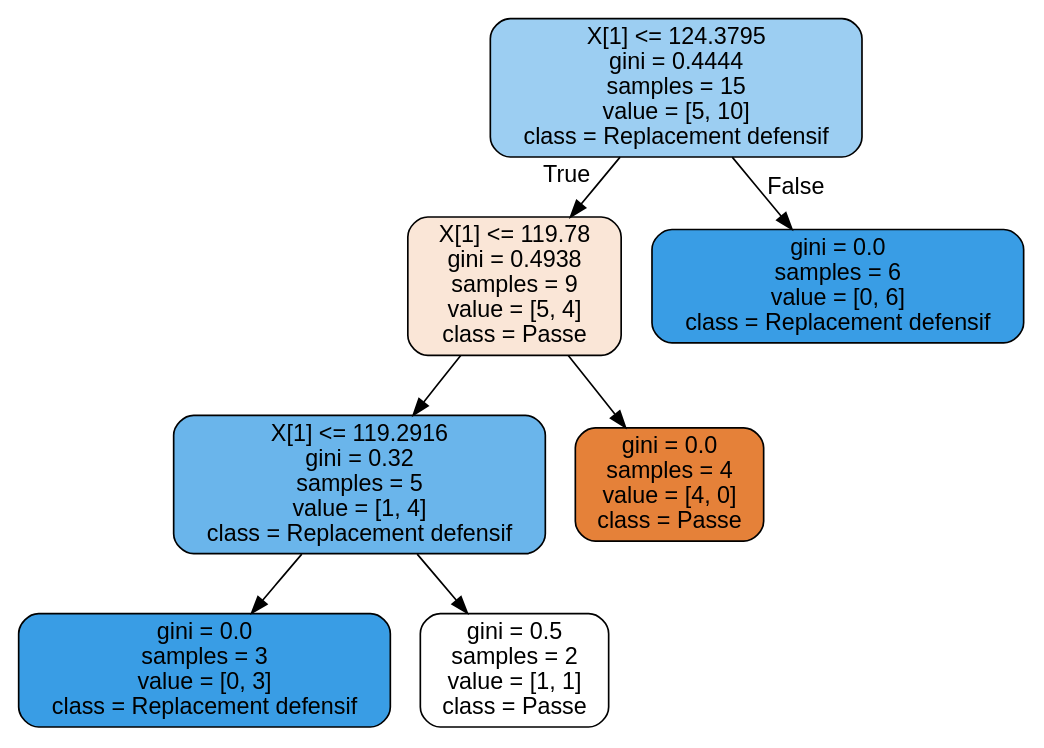
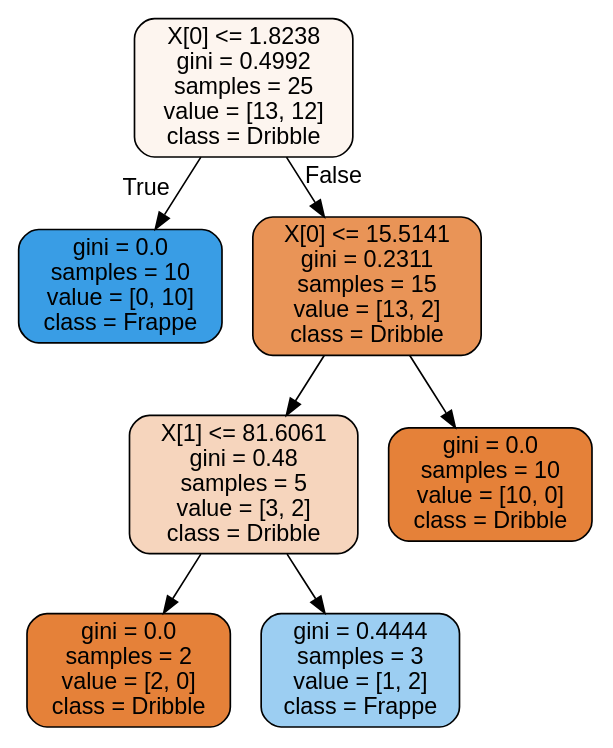
The diagram in test_arbre.dot (MoroMane/ProjetTest), drawn with Graphviz before and after one commit. The commit also changed 7 other files, not shown here.

```diff
--- a/test_arbre.dot
+++ b/test_arbre.dot
@@ -1,17 +1,17 @@
 digraph Tree {
 node [shape=box, style="filled, rounded", color="black", fontname=helvetica] ;
 edge [fontname=helvetica] ;
-0 [label="X[1] <= 124.3795\ngini = 0.4444\nsamples = 15\nvalue = [5, 10]\nclass = Replacement defensif", fillcolor="#399de57f"] ;
-1 [label="X[1] <= 119.78\ngini = 0.4938\nsamples = 9\nvalue = [5, 4]\nclass = Passe", fillcolor="#e5813933"] ;
+0 [label="X[0] <= 1.8238\ngini = 0.4992\nsamples = 25\nvalue = [13, 12]\nclass = Dribble", fillcolor="#e5813914"] ;
+1 [label="gini = 0.0\nsamples = 10\nvalue = [0, 10]\nclass = Frappe", fillcolor="#399de5ff"] ;
 0 -> 1 [labeldistance=2.5, labelangle=45, headlabel="True"] ;
-2 [label="X[1] <= 119.2916\ngini = 0.32\nsamples = 5\nvalue = [1, 4]\nclass = Replacement defensif", fillcolor="#399de5bf"] ;
-1 -> 2 ;
-3 [label="gini = 0.0\nsamples = 3\nvalue = [0, 3]\nclass = Replacement defensif", fillcolor="#399de5ff"] ;
+2 [label="X[0] <= 15.5141\ngini = 0.2311\nsamples = 15\nvalue = [13, 2]\nclass = Dribble", fillcolor="#e58139d8"] ;
+0 -> 2 [labeldistance=2.5, labelangle=-45, headlabel="False"] ;
+3 [label="X[1] <= 81.6061\ngini = 0.48\nsamples = 5\nvalue = [3, 2]\nclass = Dribble", fillcolor="#e5813955"] ;
 2 -> 3 ;
-4 [label="gini = 0.5\nsamples = 2\nvalue = [1, 1]\nclass = Passe", fillcolor="#e5813900"] ;
-2 -> 4 ;
-5 [label="gini = 0.0\nsamples = 4\nvalue = [4, 0]\nclass = Passe", fillcolor="#e58139ff"] ;
-1 -> 5 ;
-6 [label="gini = 0.0\nsamples = 6\nvalue = [0, 6]\nclass = Replacement defensif", fillcolor="#399de5ff"] ;
-0 -> 6 [labeldistance=2.5, labelangle=-45, headlabel="False"] ;
+4 [label="gini = 0.0\nsamples = 2\nvalue = [2, 0]\nclass = Dribble", fillcolor="#e58139ff"] ;
+3 -> 4 ;
+5 [label="gini = 0.4444\nsamples = 3\nvalue = [1, 2]\nclass = Frappe", fillcolor="#399de57f"] ;
+3 -> 5 ;
+6 [label="gini = 0.0\nsamples = 10\nvalue = [10, 0]\nclass = Dribble", fillcolor="#e58139ff"] ;
+2 -> 6 ;
 }
```
